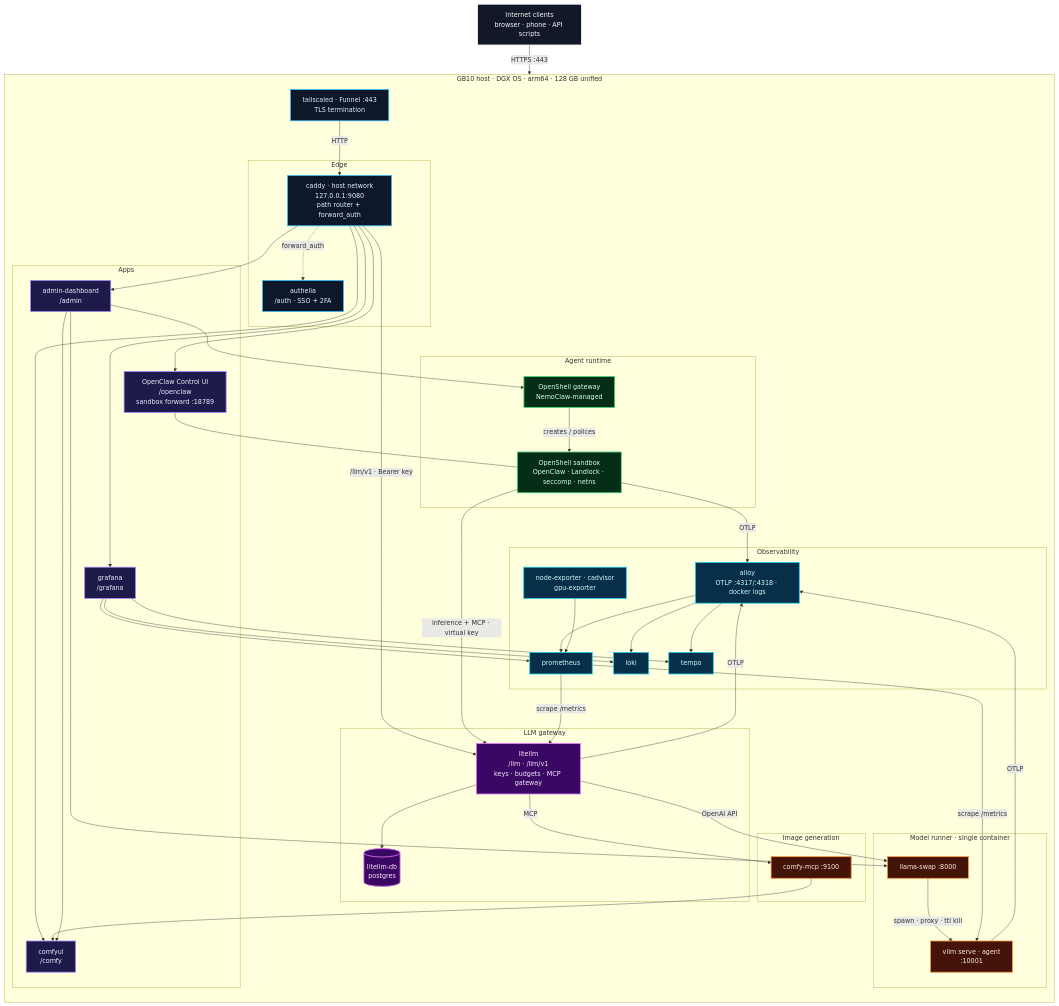
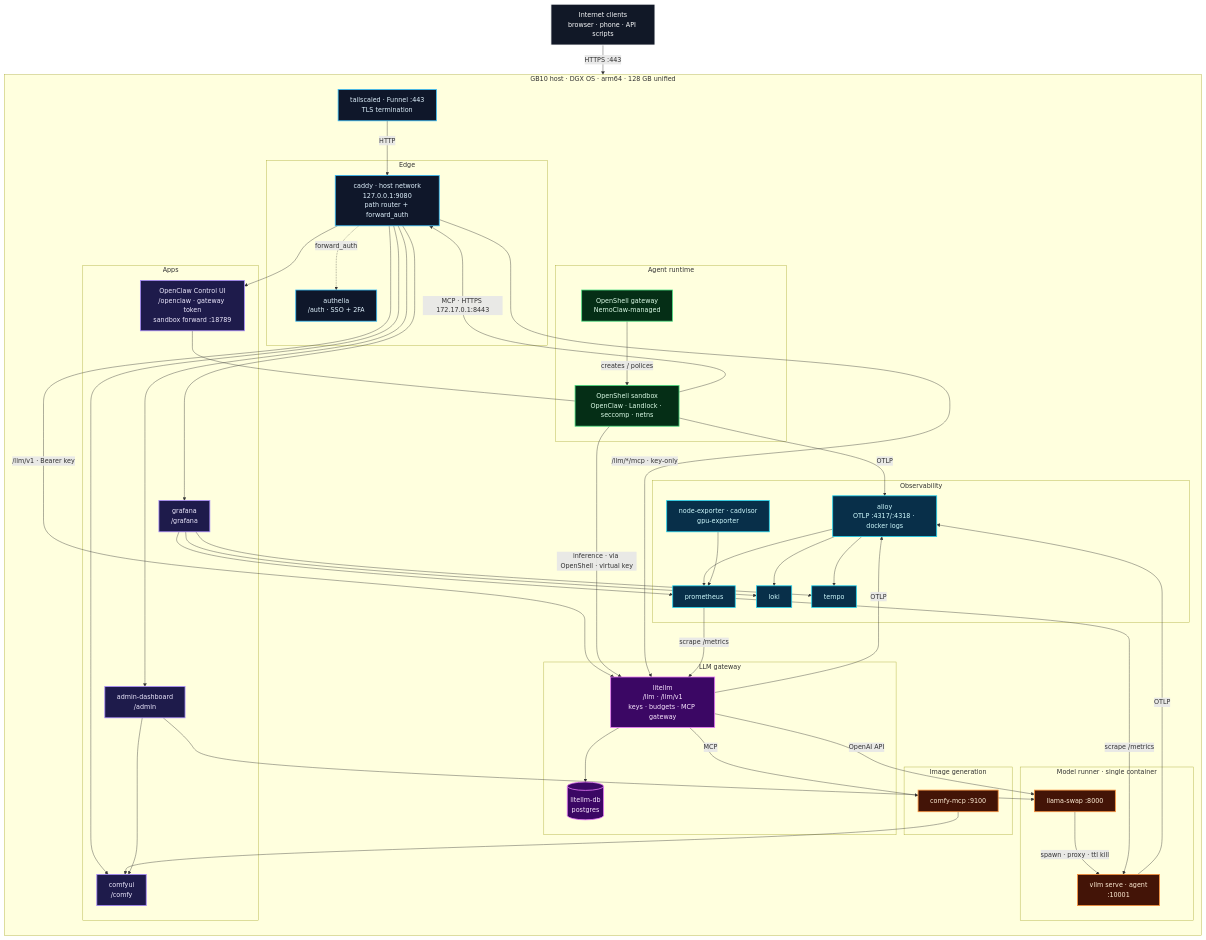
The first of 15 diagrams in gb10-agent-stack.md (ravikiranvs/gb10-ai-stack), drawn with Mermaid before and after one commit. The commit also changed other lines of this file and 13 other files, not shown here.

```diff
--- a/gb10-agent-stack.md
+++ b/gb10-agent-stack.md
@@ -83,7 +83,7 @@
             DASH["admin-dashboard<br/>/admin"]
             GRAF["grafana<br/>/grafana"]
             COMFY["comfyui<br/>/comfy"]
-            OC["OpenClaw Control UI<br/>/openclaw<br/>sandbox forward :18789"]
+            OC["OpenClaw Control UI<br/>/openclaw · gateway token<br/>sandbox forward :18789"]
         end
 
         subgraph GW["LLM gateway"]
@@ -125,7 +125,9 @@
 
     OC --- SBX
     OSG -- "creates / polices" --> SBX
-    SBX -- "inference + MCP · virtual key" --> LITE
+    SBX -- "inference · via OpenShell · virtual key" --> LITE
+    SBX -- "MCP · HTTPS 172.17.0.1:8443" --> CADDY
+    CADDY -- "/llm/*/mcp · key-only" --> LITE
     LITE --> PG
     LITE -- "OpenAI API" --> LS
     LITE -- "MCP" --> CMCP
@@ -134,7 +136,6 @@
 
     DASH --> LS
     DASH --> COMFY
-    DASH --> OSG
 
     SBX -- "OTLP" --> ALLOY
     LITE -- "OTLP" --> ALLOY
```
